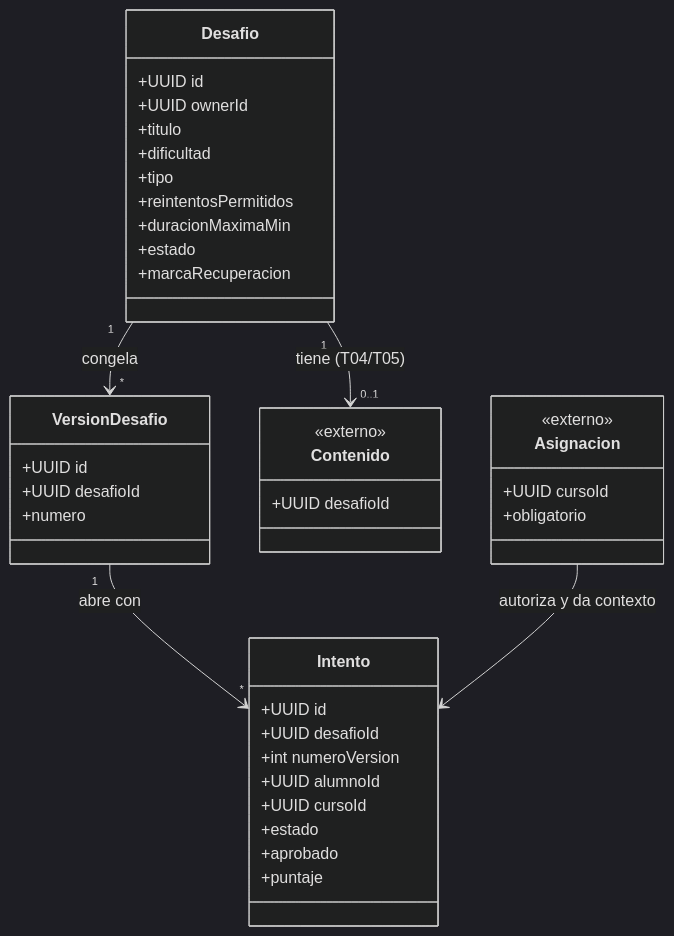
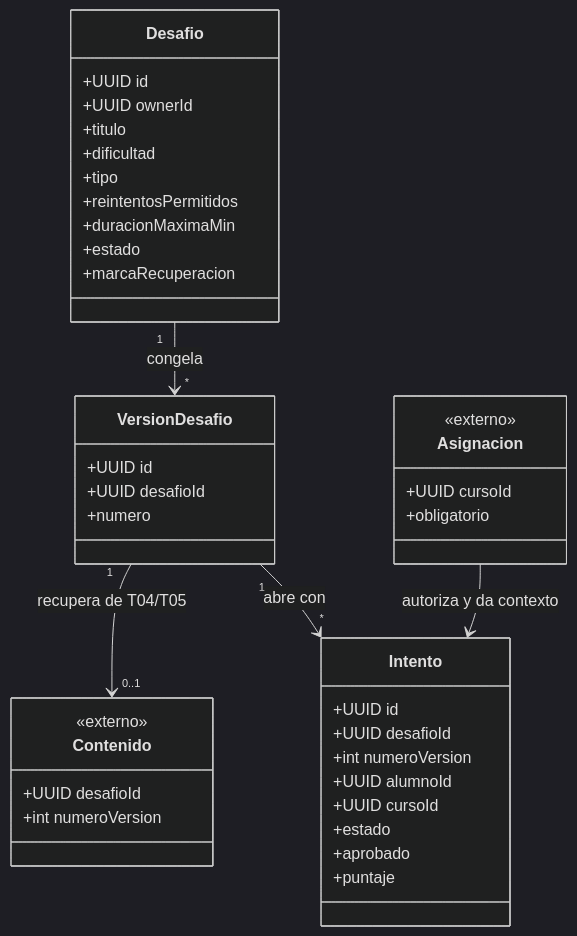
The diagram in docs/diagramas/clases.mmd (pgprimitz/TPI-MotoDeDesafios), drawn with Mermaid (dark theme) before and after one commit. The commit also changed 11 other files, not shown here.

Commit message:
Update roadmap and challenge integration documentation

```diff
--- a/docs/diagramas/clases.mmd
+++ b/docs/diagramas/clases.mmd
@@ -1,40 +1,41 @@
 classDiagram
     class Desafio {
         +UUID id
         +UUID ownerId
         +titulo
         +dificultad
         +tipo
         +reintentosPermitidos
         +duracionMaximaMin
         +estado
         +marcaRecuperacion
     }
     class VersionDesafio {
         +UUID id
         +UUID desafioId
         +numero
     }
     class Intento {
         +UUID id
         +UUID desafioId
         +int numeroVersion
         +UUID alumnoId
         +UUID cursoId
         +estado
         +aprobado
         +puntaje
     }
     class Contenido {
         <<externo>>
         +UUID desafioId
+        +int numeroVersion
     }
     class Asignacion {
         <<externo>>
         +UUID cursoId
         +obligatorio
     }
     Desafio "1" --> "*" VersionDesafio : congela
-    Desafio "1" --> "0..1" Contenido : tiene (T04/T05)
+    VersionDesafio "1" --> "0..1" Contenido : recupera de T04/T05
     VersionDesafio "1" --> "*" Intento : abre con
     Asignacion --> Intento : autoriza y da contexto
```
